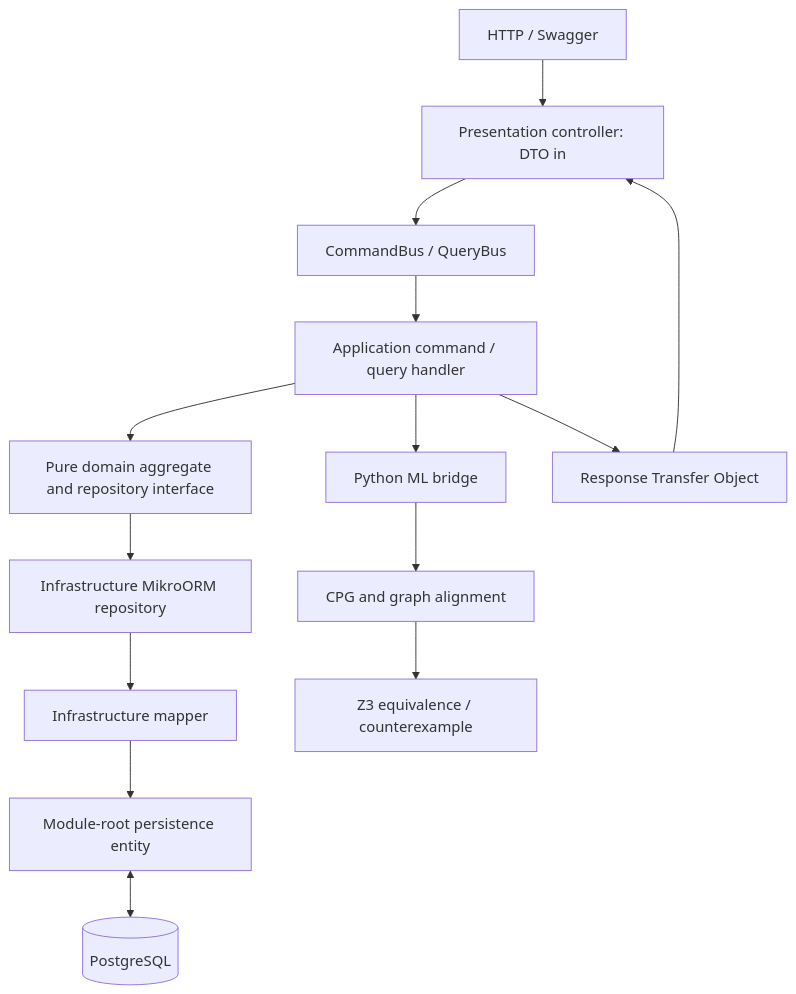
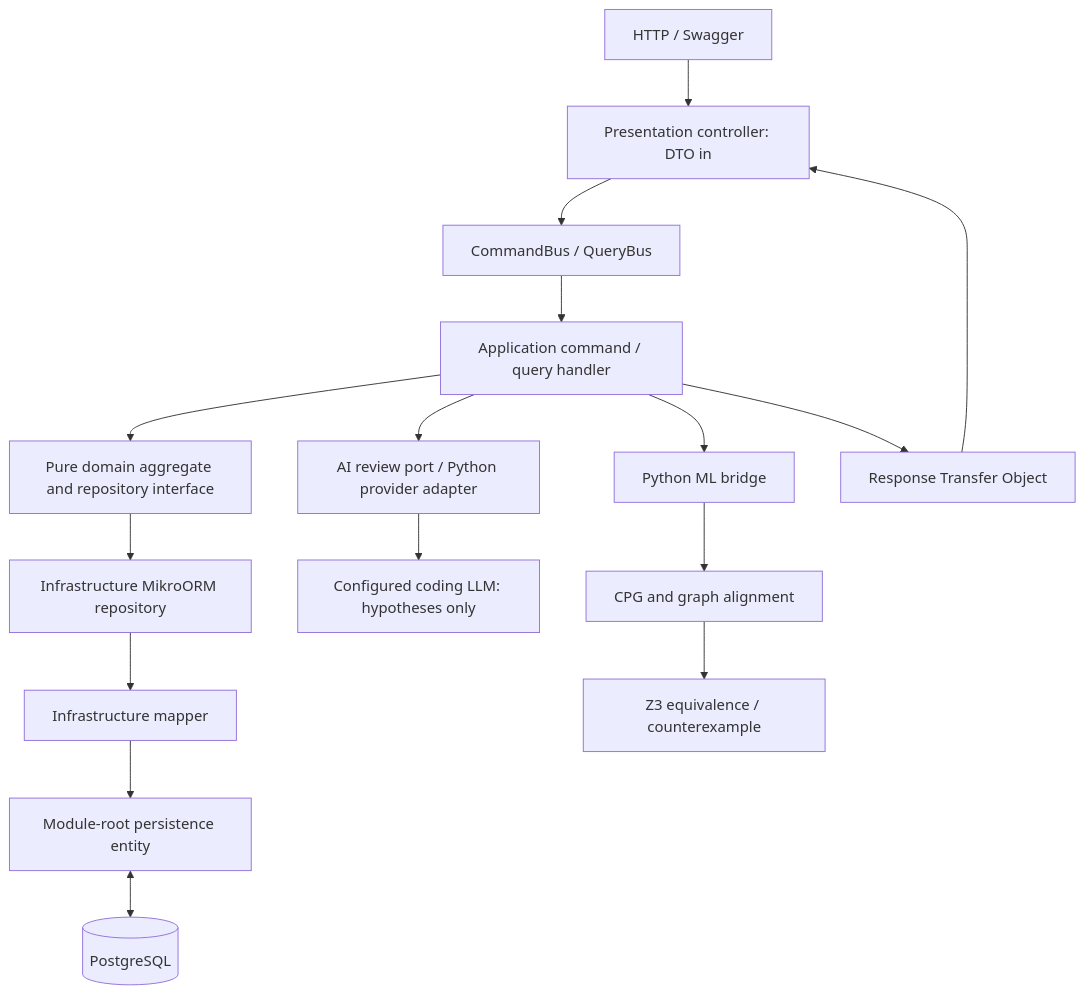
Before and after one commit to pivzavod83/SOTONSHIP: the diagram in README.md, drawn with Mermaid. The commit also changed other lines of this file and 355 other files, not shown here.

````diff
--- a/README.md
+++ b/README.md
@@ -73,16 +105,18 @@
 ```mermaid
 flowchart TD
   HTTP[HTTP / Swagger] --> C[Presentation controller: DTO in]
   C --> B[CommandBus / QueryBus]
   B --> H[Application command / query handler]
   H --> D[Pure domain aggregate and repository interface]
   D --> R[Infrastructure MikroORM repository]
   R --> M[Infrastructure mapper]
   M --> E[Module-root persistence entity]
   E <--> P[(PostgreSQL)]
+  H --> AI[AI review port / Python provider adapter]
+  AI --> LLM[Configured coding LLM: hypotheses only]
   H --> ML[Python ML bridge]
   ML --> G[CPG and graph alignment]
   G --> Z[Z3 equivalence / counterexample]
   H --> O[Response Transfer Object]
   O --> C
 ```
````
